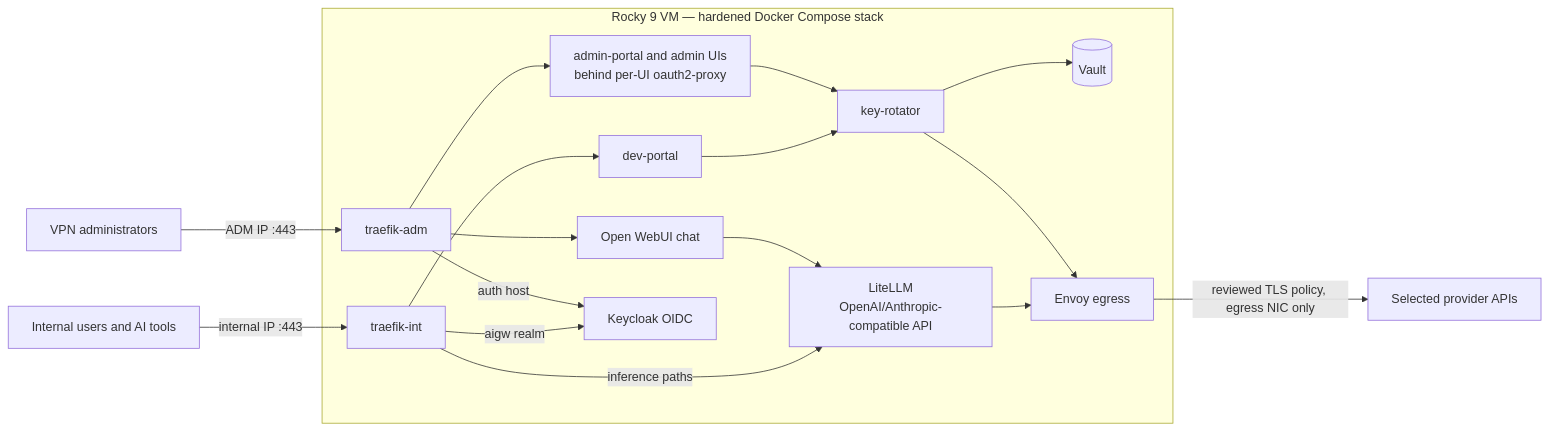
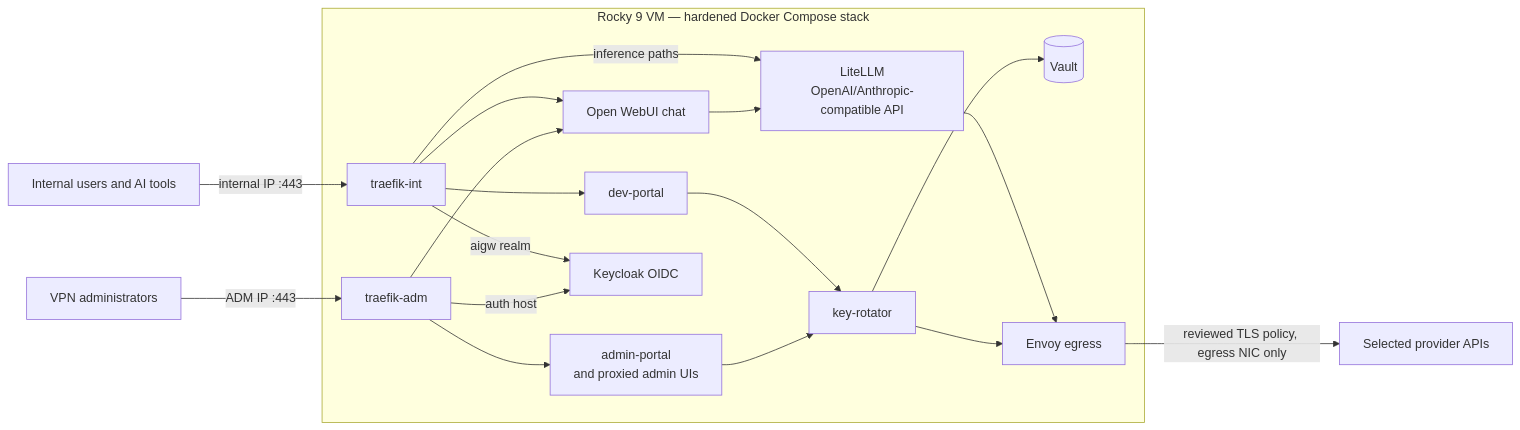
Before and after one commit to derhornspieler/ai-gateway: the diagram in README.md, drawn with Mermaid.

Commit message:
docs(readme): correct portal and chat diagram paths

````diff
--- a/README.md
+++ b/README.md
@@ -27,31 +27,32 @@
 ```mermaid
 flowchart LR
   subgraph host [Rocky 9 VM — hardened Docker Compose stack]
     TI[traefik-int]
     TA[traefik-adm]
     OW[Open WebUI chat]
     DP[dev-portal]
-    AP[admin-portal and admin UIs<br/>behind per-UI oauth2-proxy]
+    AP[admin-portal<br/>and proxied admin UIs]
     KC[Keycloak OIDC]
     LL[LiteLLM<br/>OpenAI/Anthropic-compatible API]
     KR[key-rotator]
     VT[(Vault)]
     EV[Envoy egress]
   end
 
   USR[Internal users and AI tools] -->|internal IP :443| TI
   ADM[VPN administrators] -->|ADM IP :443| TA
 
   TI --> DP
+  TI --> OW
   TI -->|aigw realm| KC
   TI -->|inference paths| LL
   TA --> AP & OW
   TA -->|auth host| KC
   OW --> LL
   DP --> KR
   AP --> KR
   KR --> VT
   LL --> EV
   KR --> EV
   EV -->|reviewed TLS policy, egress NIC only| VEND[Selected provider APIs]
 ```
````
